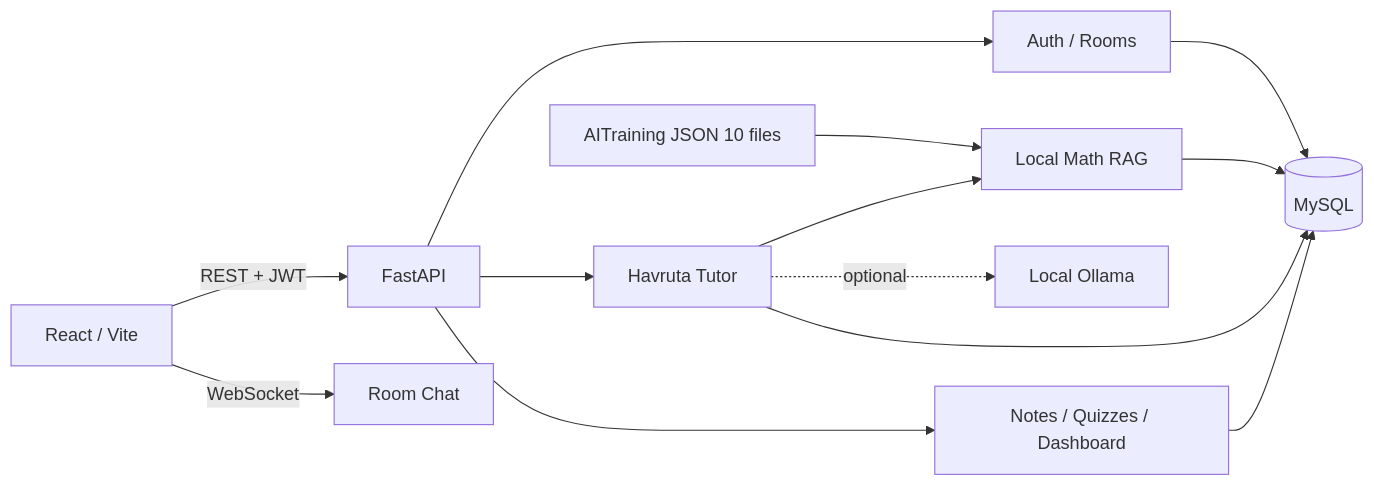
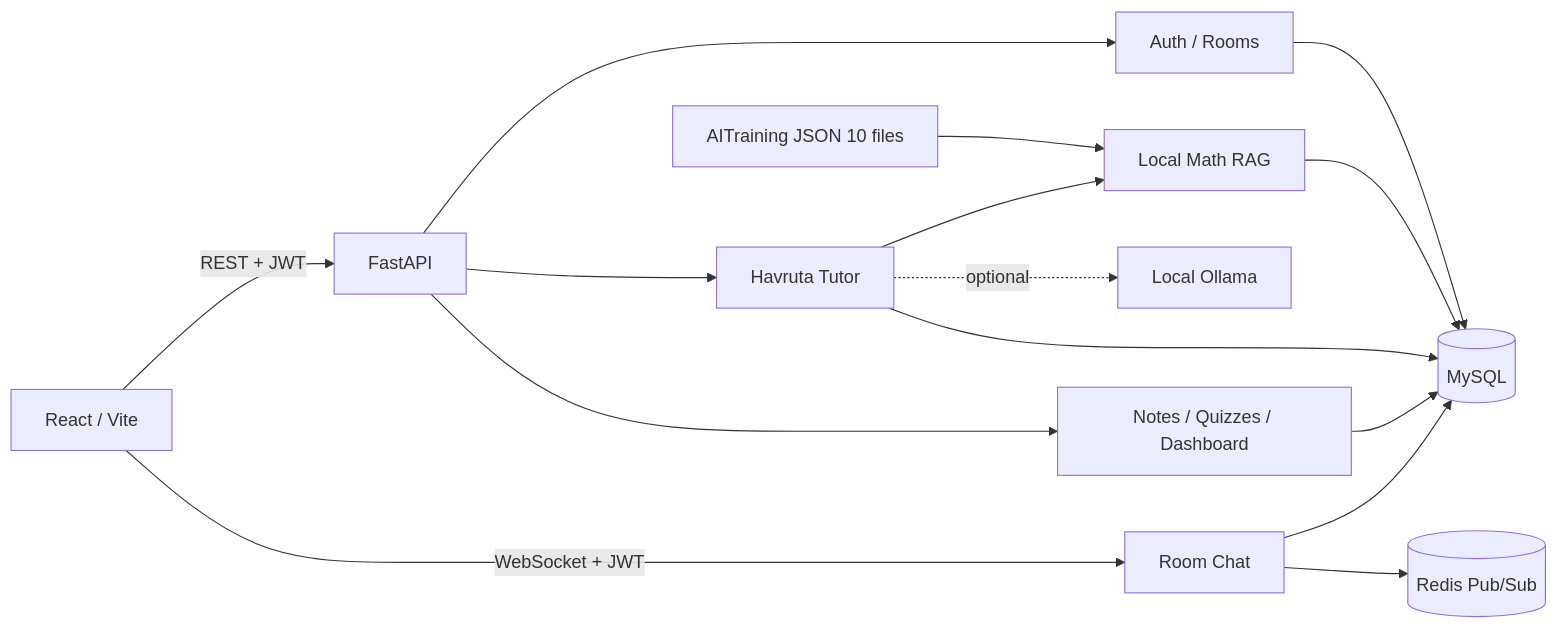
The diagram in README.md (20211400jiho/havruta-ai-tutor), drawn with Mermaid before and after one commit. The commit also changed other lines of this file and 26 other files, not shown here.

Commit message:
feat: add Railway deployment and realtime room chat

````diff
--- a/README.md
+++ b/README.md
@@ -23,15 +25,17 @@
 ```mermaid
 flowchart LR
     Browser[React / Vite] -->|REST + JWT| API[FastAPI]
-    Browser -->|WebSocket| WS[Room Chat]
+    Browser -->|WebSocket + JWT| WS[Room Chat]
     API --> Auth[Auth / Rooms]
     API --> Tutor[Havruta Tutor]
     API --> Content[Notes / Quizzes / Dashboard]
     Tutor --> RAG[Local Math RAG]
     Tutor -. optional .-> Ollama[Local Ollama]
     Auth --> DB[(MySQL)]
     Tutor --> DB
     Content --> DB
+    WS --> DB
+    WS --> Redis[(Redis Pub/Sub)]
     RAG --> DB
     JSON[AITraining JSON 10 files] --> RAG
 ```
````
